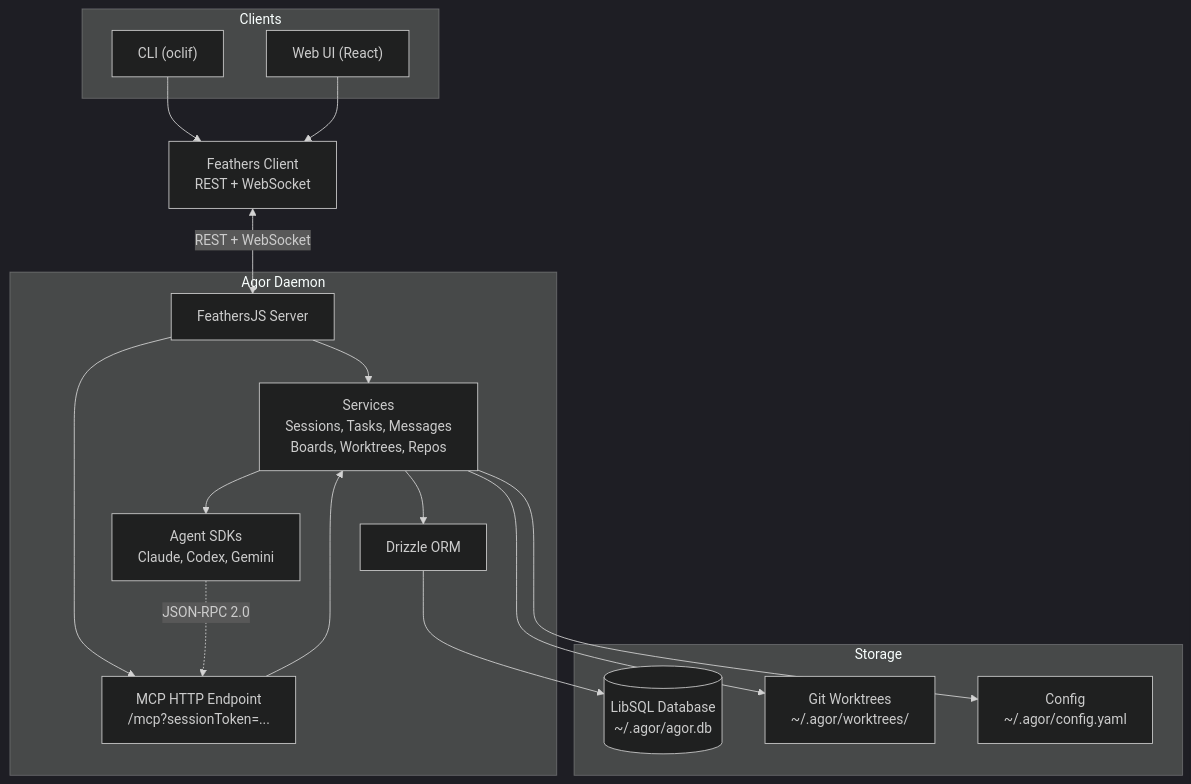
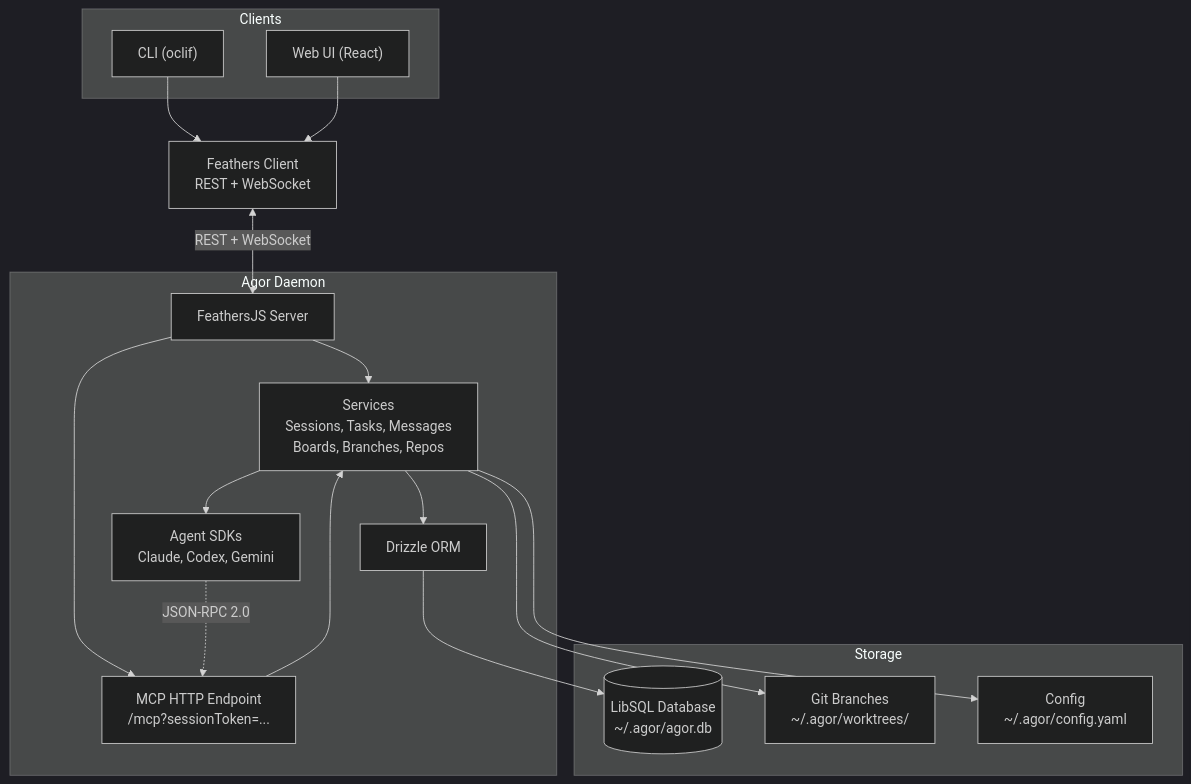
The diagram in README.md (preset-io/agor), drawn with Mermaid (dark theme) before and after one commit. The commit also changed other lines of this file and 420 other files, not shown here.

````diff
--- a/README.md
+++ b/README.md
@@ -156,39 +156,39 @@
 ```mermaid
 graph TB
     subgraph Clients
         CLI["CLI (oclif)"]
         UI["Web UI (React)"]
     end
 
     Client["Feathers Client<br/>REST + WebSocket"]
 
     subgraph "Agor Daemon"
         Feathers["FeathersJS Server"]
         MCP["MCP HTTP Endpoint<br/>/mcp?sessionToken=..."]
-        Services["Services<br/>Sessions, Tasks, Messages<br/>Boards, Worktrees, Repos"]
+        Services["Services<br/>Sessions, Tasks, Messages<br/>Boards, Branches, Repos"]
         AgentSDKs["Agent SDKs<br/>Claude, Codex, Gemini"]
         ORM["Drizzle ORM"]
     end
 
     subgraph Storage
         DB[("LibSQL Database<br/>~/.agor/agor.db")]
-        Git["Git Worktrees<br/>~/.agor/worktrees/"]
+        Git["Git Branches<br/>~/.agor/worktrees/"]
         Config["Config<br/>~/.agor/config.yaml"]
     end
 
     CLI --> Client
     UI --> Client
 
     Client <-->|REST + WebSocket| Feathers
 
     Feathers --> Services
     Feathers --> MCP
     MCP --> Services
     Services --> ORM
     Services --> AgentSDKs
     AgentSDKs -.->|JSON-RPC 2.0| MCP
 
     ORM --> DB
     Services --> Git
     Services --> Config
 ```
````
